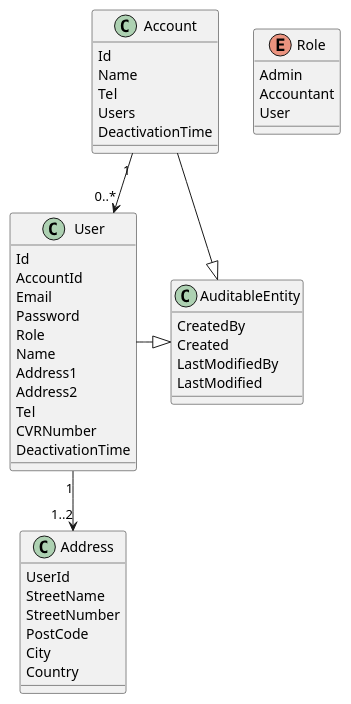
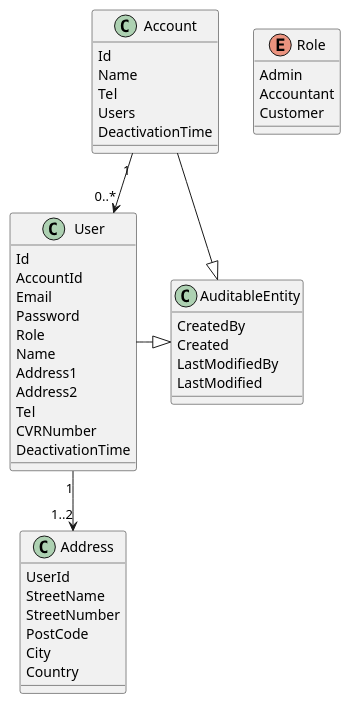
Before and after one commit to IT-Minds/client_dansk-gartneri_indberetning: the diagram in docs/entity-datamodel.md, drawn with PlantUML. The commit also changed 1 other file, not shown here.

Commit message:
Rename role 'User' to 'Client'

```diff
--- a/docs/entity-datamodel.md
+++ b/docs/entity-datamodel.md
@@ -1,52 +1,52 @@
 @startuml
 
 class AuditableEntity {
   CreatedBy
   Created
   LastModifiedBy
   LastModified
 }
 
 class Account {
   Id
   Name
   Tel
   Users
   DeactivationTime
 }
 
 class User {
   Id
   AccountId
   Email
   Password
   Role
   Name
   Address1
   Address2
   Tel
   CVRNumber
   DeactivationTime
 }
 
 enum Role {
   Admin
   Accountant
-  User
+  Customer
 }
 
 class Address {
   UserId
   StreetName
   StreetNumber
   PostCode
   City
   Country
 }
 
 User -|> AuditableEntity
 Account -|> AuditableEntity
 Account "1"-->"0..*" User
 User "1"-->"1..2" Address
 
 @enduml
```
